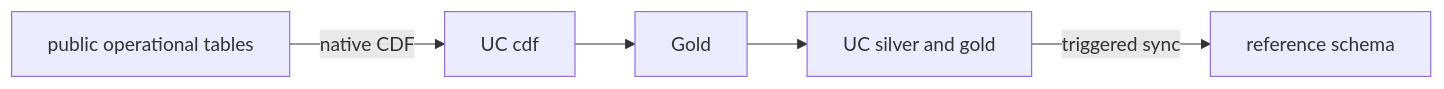
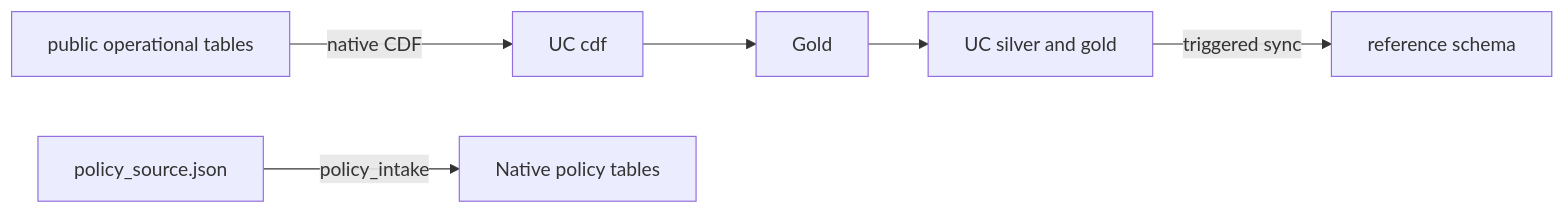
The diagram in lakebase/README.md (Irtebat/claims-adjudication-agent-demo), drawn with Mermaid before and after one commit. The commit also changed other lines of this file and 5 other files, not shown here.

````diff
--- a/lakebase/README.md
+++ b/lakebase/README.md
@@ -29,6 +35,7 @@
 ```mermaid
 flowchart LR
   UC[UC silver and gold] -->|triggered sync| R[reference schema]
   O[public operational tables] -->|native CDF| C[UC cdf]
+  P[policy_source.json] -->|policy_intake| N[Native policy tables]
   C --> G[Gold] --> UC
 ```
````
